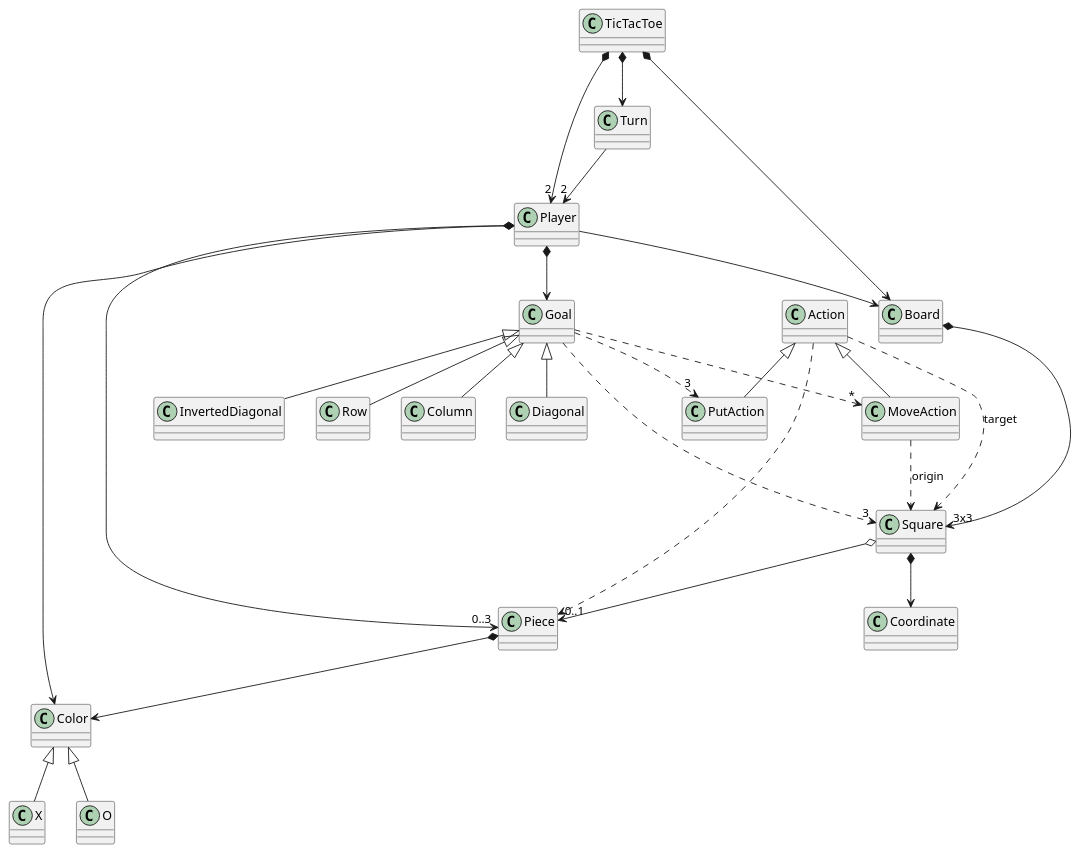
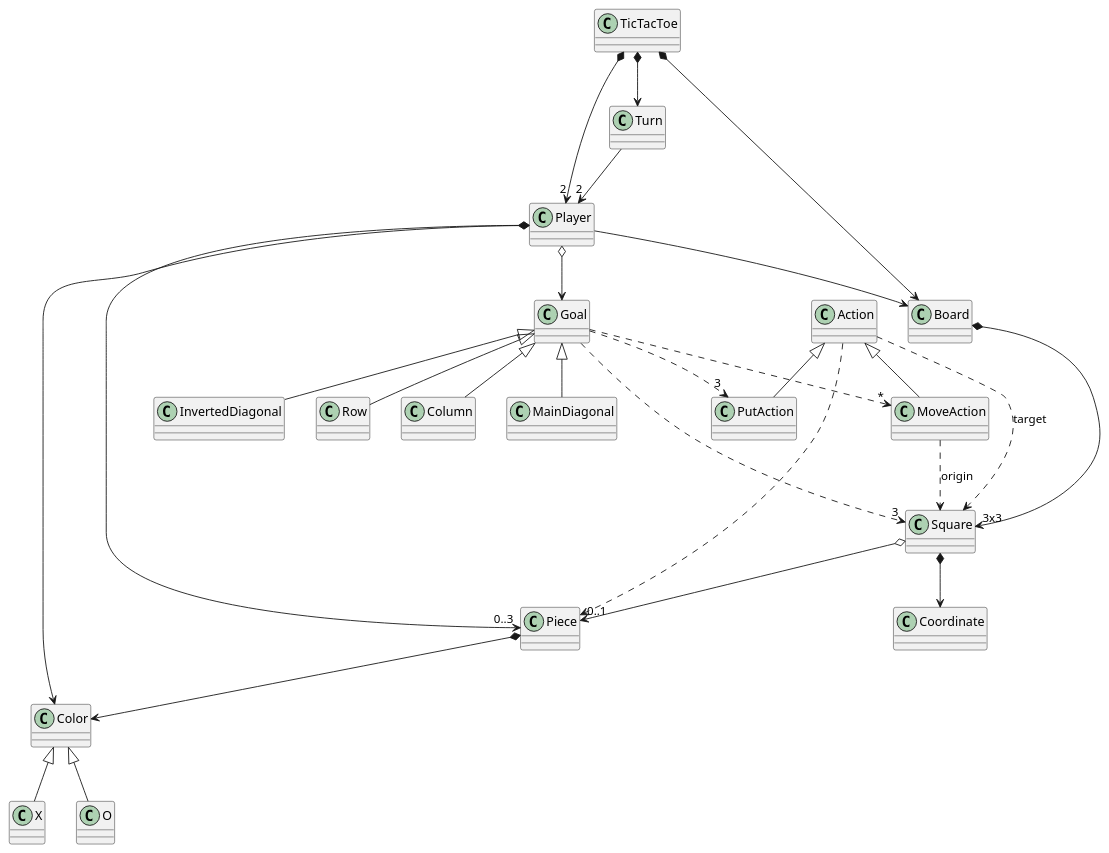
Before and after one commit to x-USantaTecla-game-ticTacToe/requirements: the first of 4 diagrams in src/docs/asciidoc/index.adoc, drawn with PlantUML. The commit also changed other lines of this file and 6 other files, not shown here.

```diff
--- a/src/docs/asciidoc/index.adoc
+++ b/src/docs/asciidoc/index.adoc
@@ -16,39 +16,39 @@
 [plantuml, ticTacToeClases, svg]
 ....
 TicTacToe *-down-> "2" Player
 TicTacToe *-down-> Board
 TicTacToe *-down-> Turn
  
 Turn -down-> "2" Player
 
 Player -down-> Board
 Player o-down-> "0..3" Piece
-Player *-down-> Goal
+Player o-down-> Goal
 Player *-down-> Color
 
 
 Action <|-down- PutAction
 Action <|-down- MoveAction
 
 Piece *-down-> Color
 
 Color <|-down- X
 Color <|-down- O
 
 Goal ..> "3" PutAction
 Goal ..> "*" MoveAction
 Goal ..> "3" Square
 
 Board *-down-> "3x3" Square
 Square *-down-> Coordinate
 Square o-down-> "0..1" Piece
 
 Action .down.> Piece
 Action .down.> Square : target
 MoveAction .down.> Square : origin
 
 Goal <|-down- Row
 Goal <|-down- Column
-Goal <|-down- Diagonal
+Goal <|-down- MainDiagonal
 Goal <|-down- InvertedDiagonal
 ....
```
